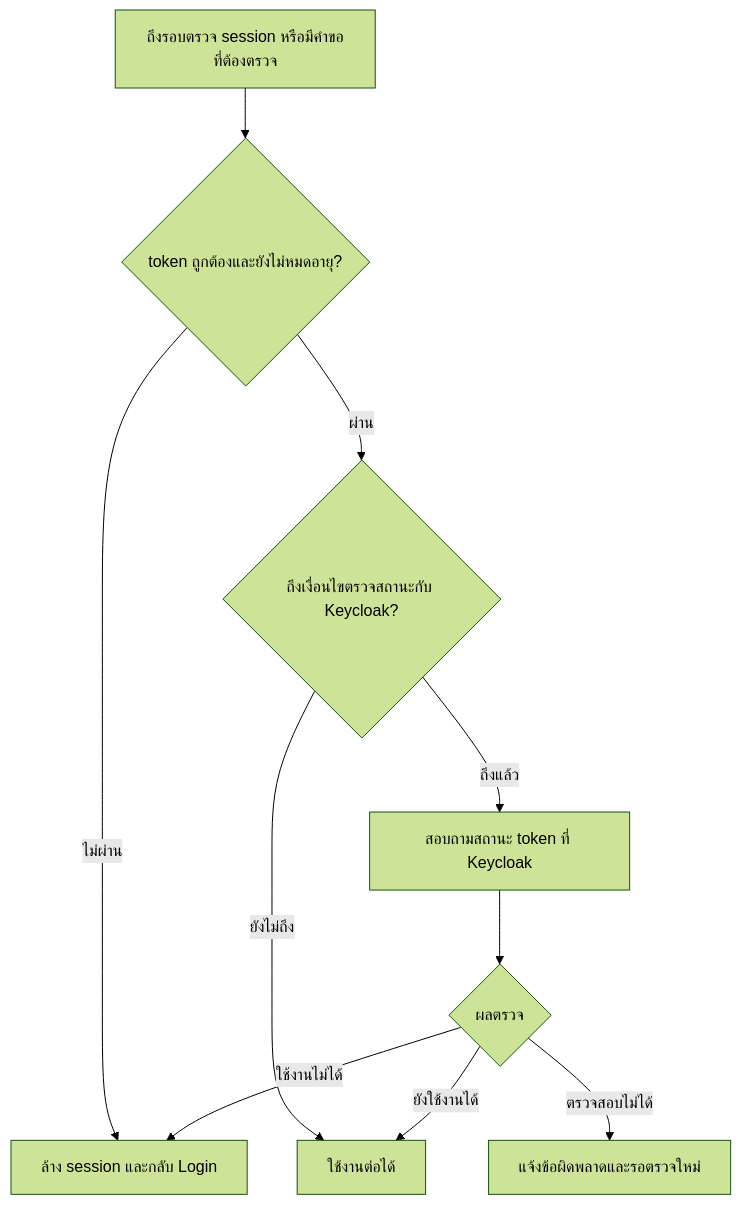
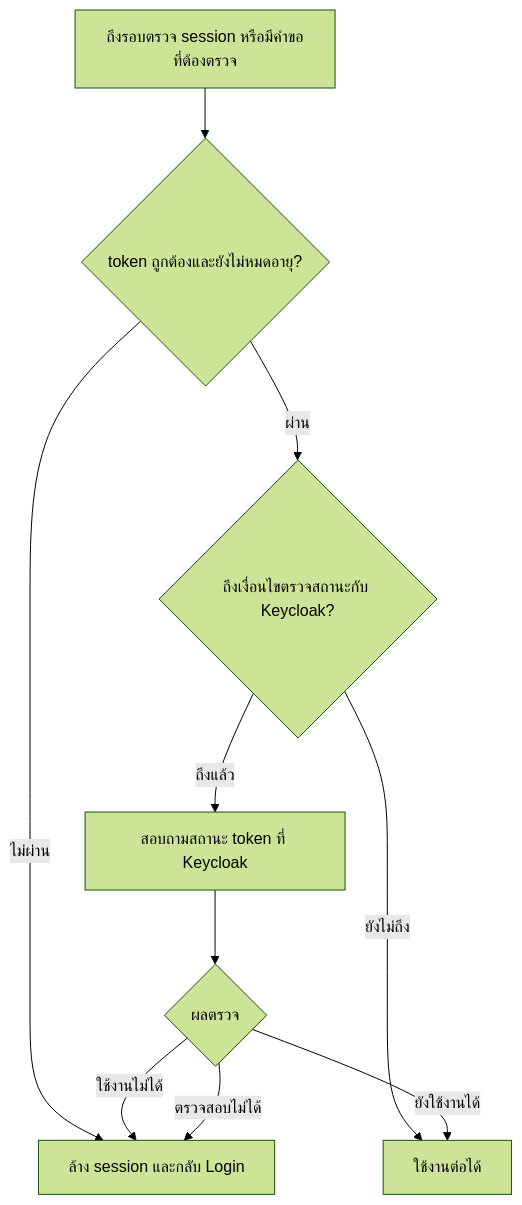
Diagram 14 of 22 in docs/flows/LOGIN-AND-SESSION.md (Sin1apachai/poc_sso), drawn with Mermaid (forest theme) before and after one commit. The commit also changed other lines of this file and 19 other files, not shown here.

````diff
--- a/docs/flows/LOGIN-AND-SESSION.md
+++ b/docs/flows/LOGIN-AND-SESSION.md
@@ -360,12 +362,12 @@
 ```mermaid
 flowchart TD
     H[ถึงรอบตรวจ session หรือมีคำขอที่ต้องตรวจ] --> V{token ถูกต้องและยังไม่หมดอายุ?}
     V -->|ไม่ผ่าน| L[ล้าง session และกลับ Login]
     V -->|ผ่าน| C{ถึงเงื่อนไขตรวจสถานะกับ Keycloak?}
     C -->|ยังไม่ถึง| S[ใช้งานต่อได้]
     C -->|ถึงแล้ว| I[สอบถามสถานะ token ที่ Keycloak]
     I --> R{ผลตรวจ}
     R -->|ยังใช้งานได้| S
     R -->|ใช้งานไม่ได้| L
-    R -->|ตรวจสอบไม่ได้| W[แจ้งข้อผิดพลาดและรอตรวจใหม่]
+    R -->|ตรวจสอบไม่ได้| L
 ```
````
